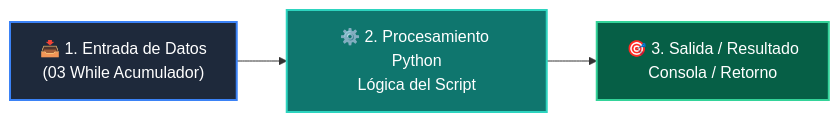
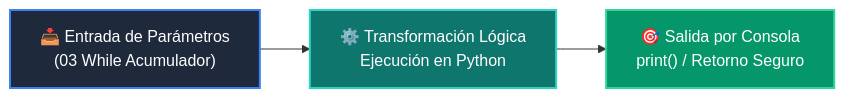
Before and after one commit to wisrovi/wisrovi-python: the diagram in 01-fundamentos-python/clase-04-control-flujo-bucles/ejemplos/ejemplo_03_while_acumulador/README.md, drawn with Mermaid. The commit also changed other lines of this file and 226 other files, not shown here.

Commit message:
docs: elevate all repository READMEs to world-class mastery standard with rich pedagogical architecture, custom Mermaids, and professional styling

````diff
--- a/01-fundamentos-python/clase-04-control-flujo-bucles/ejemplos/ejemplo_03_while_acumulador/README.md
+++ b/01-fundamentos-python/clase-04-control-flujo-bucles/ejemplos/ejemplo_03_while_acumulador/README.md
@@ -12,9 +19,9 @@
 ```mermaid
 flowchart LR
-    A["📥 1. Entrada de Datos<br/>(03 While Acumulador)"] --> B["⚙️ 2. Procesamiento Python<br/>Lógica del Script"]
-    B --> C["🎯 3. Salida / Resultado<br/>Consola / Retorno"]
+    A["📥 Entrada de Parámetros<br/>(03 While Acumulador)"] --> B["⚙️ Transformación Lógica<br/>Ejecución en Python"]
+    B --> C["🎯 Salida por Consola<br/>print() / Retorno Seguro"]
 
-    style A fill:#1e293b,color:#fff,stroke:#3b82f6,stroke-width:2px
-    style B fill:#0f766e,color:#fff,stroke:#2dd4bf,stroke-width:2px
-    style C fill:#065f46,color:#fff,stroke:#34d399,stroke-width:2px
+    style A fill:#1e293b,color:#ffffff,stroke:#3b82f6,stroke-width:2px
+    style B fill:#0f766e,color:#ffffff,stroke:#2dd4bf,stroke-width:2px
+    style C fill:#059669,color:#ffffff,stroke:#34d399,stroke-width:2px
 ```
````
